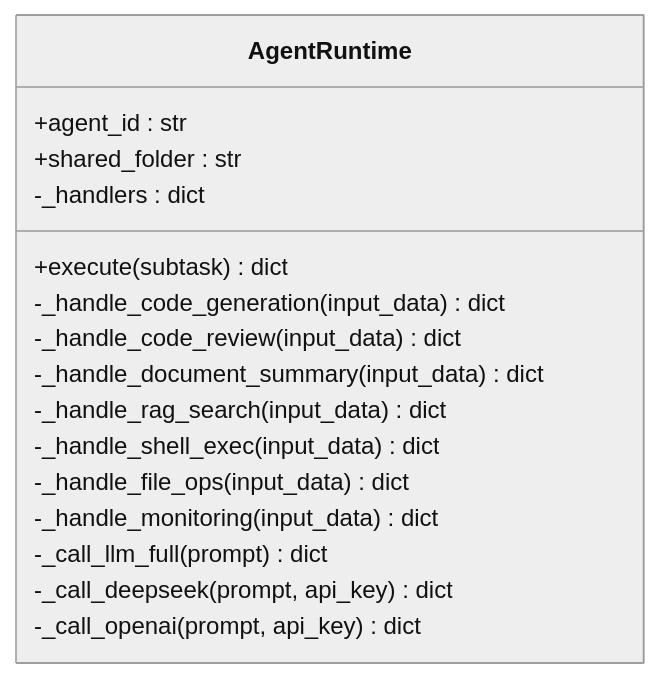
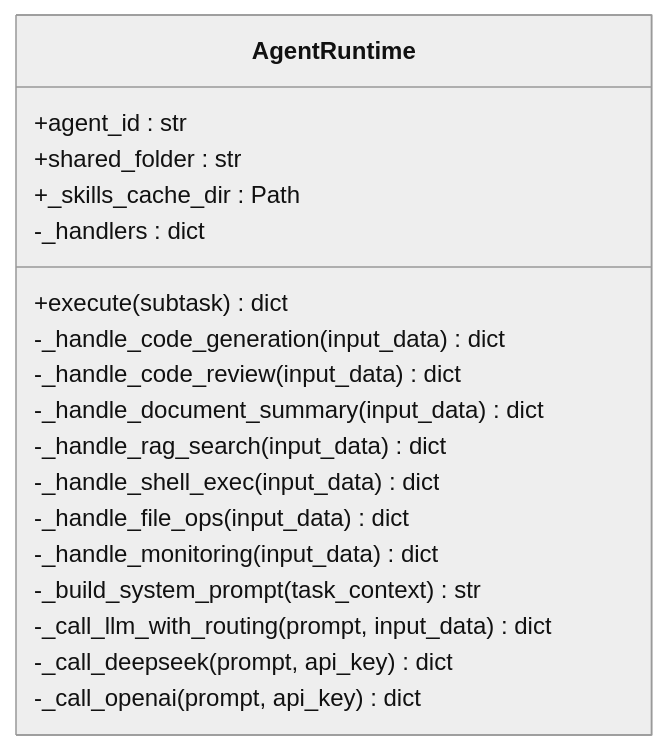
One commit to targalian/Personal-distributed-workstation changed the fourth of 5 diagrams in .qoder/repowiki/zh/content/架构设计/Worker 代理/Agent 能力声明系统/Agent 能力声明系统.md. Above: the diagram before and after it, drawn with Mermaid (neutral theme). The commit also changed other lines of this file and 92 other files, not shown here.

````diff
--- a/.qoder/repowiki/zh/content/架构设计/Worker 代理/Agent 能力声明系统/Agent 能力声明系统.md
+++ b/.qoder/repowiki/zh/content/架构设计/Worker 代理/Agent 能力声明系统/Agent 能力声明系统.md
@@ -237,19 +268,21 @@
 ```mermaid
 classDiagram
 class AgentRuntime {
 +agent_id : str
 +shared_folder : str
++_skills_cache_dir : Path
 -_handlers : dict
 +execute(subtask) dict
 -_handle_code_generation(input_data) dict
 -_handle_code_review(input_data) dict
 -_handle_document_summary(input_data) dict
 -_handle_rag_search(input_data) dict
 -_handle_shell_exec(input_data) dict
 -_handle_file_ops(input_data) dict
 -_handle_monitoring(input_data) dict
--_call_llm_full(prompt) dict
+-_build_system_prompt(task_context) str
+-_call_llm_with_routing(prompt, input_data) dict
 -_call_deepseek(prompt, api_key) dict
 -_call_openai(prompt, api_key) dict
 }
 ```
````
